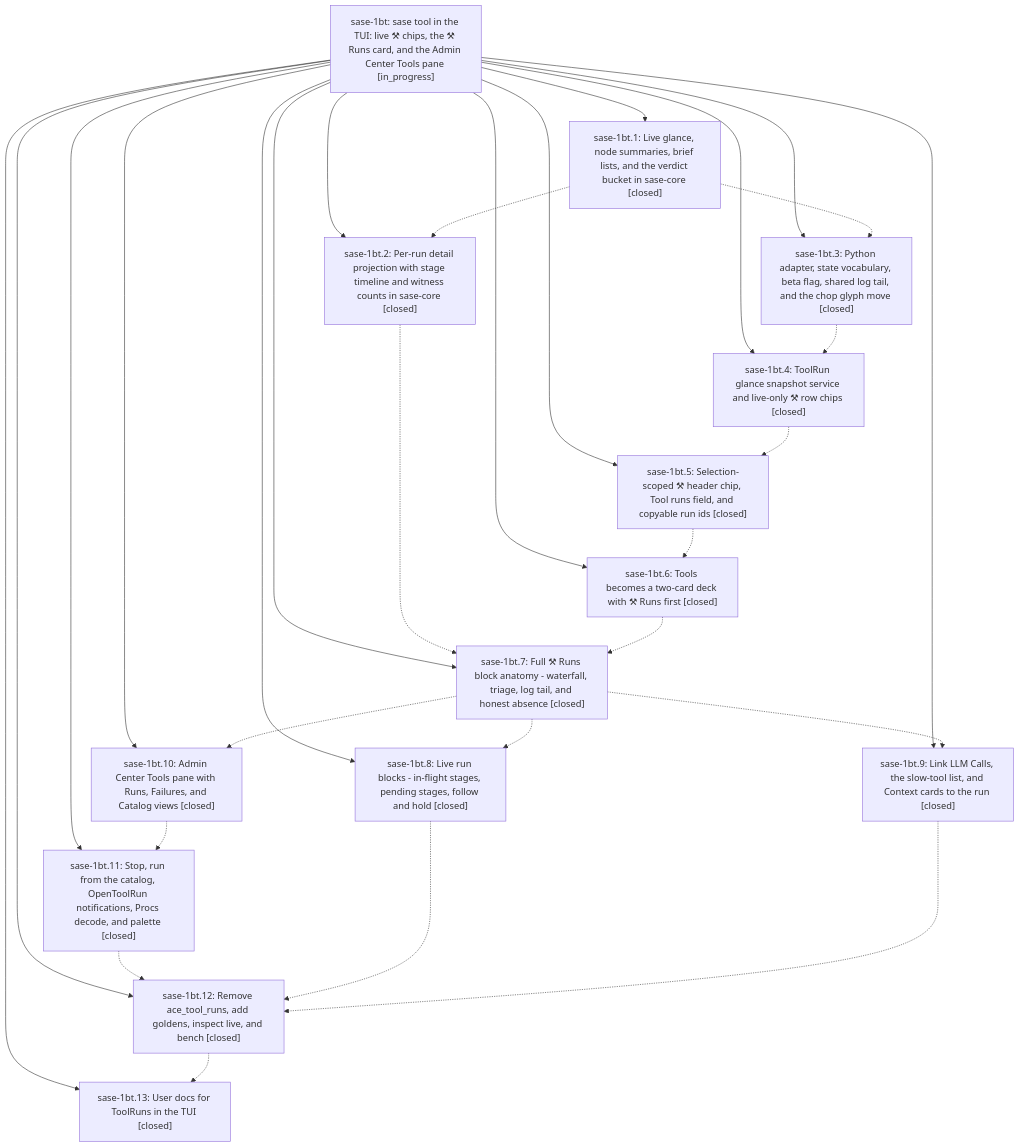
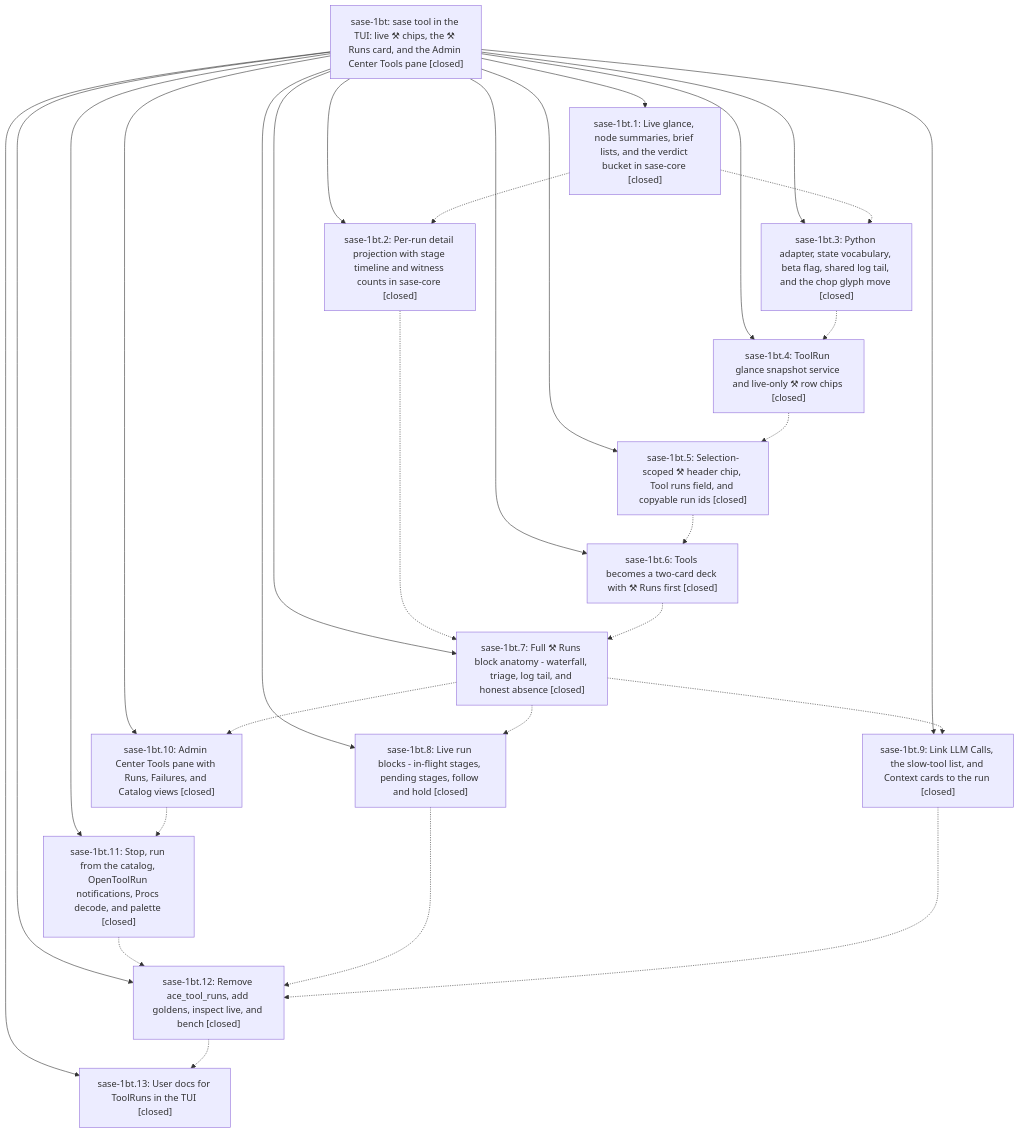
The diagram in pages/sase-1bt/README.md (sase-org/sase--beads), drawn with Mermaid before and after one commit. The commit also changed other lines of this file and 1 other file, not shown here.

First line of the commit message:
chore(beads): sync bead state and pages for sase-1bt

````diff
--- a/pages/sase-1bt/README.md
+++ b/pages/sase-1bt/README.md
@@ -56,45 +60,45 @@
 ```mermaid
 flowchart TD
-    n0["sase-1bt: sase tool in the TUI: live ⚒ chips, the ⚒ Runs card, and the Admin Center Tools pane [in_progress]"]
+    n0["sase-1bt: sase tool in the TUI: live ⚒ chips, the ⚒ Runs card, and the Admin Center Tools pane [closed]"]
     n1["sase-1bt.1: Live glance, node summaries, brief lists, and the verdict bucket in sase-core [closed]"]
     n2["sase-1bt.10: Admin Center Tools pane with Runs, Failures, and Catalog views [closed]"]
     n3["sase-1bt.11: Stop, run from the catalog, OpenToolRun notifications, Procs decode, and palette [closed]"]
     n4["sase-1bt.12: Remove ace_tool_runs, add goldens, inspect live, and bench [closed]"]
     n5["sase-1bt.13: User docs for ToolRuns in the TUI [closed]"]
     n6["sase-1bt.2: Per-run detail projection with stage timeline and witness counts in sase-core [closed]"]
     n7["sase-1bt.3: Python adapter, state vocabulary, beta flag, shared log tail, and the chop glyph move [closed]"]
     n8["sase-1bt.4: ToolRun glance snapshot service and live-only ⚒ row chips [closed]"]
     n9["sase-1bt.5: Selection-scoped ⚒ header chip, Tool runs field, and copyable run ids [closed]"]
     n10["sase-1bt.6: Tools becomes a two-card deck with ⚒ Runs first [closed]"]
     n11["sase-1bt.7: Full ⚒ Runs block anatomy - waterfall, triage, log tail, and honest absence [closed]"]
     n12["sase-1bt.8: Live run blocks - in-flight stages, pending stages, follow and hold [closed]"]
     n13["sase-1bt.9: Link LLM Calls, the slow-tool list, and Context cards to the run [closed]"]
     n0 --> n1
     n0 --> n2
     n0 --> n3
     n0 --> n4
     n0 --> n5
     n0 --> n6
     n0 --> n7
     n0 --> n8
     n0 --> n9
     n0 --> n10
     n0 --> n11
     n0 --> n12
     n0 --> n13
     n1 -.-> n6
     n1 -.-> n7
     n2 -.-> n3
     n3 -.-> n4
     n4 -.-> n5
     n6 -.-> n11
     n7 -.-> n8
     n8 -.-> n9
     n9 -.-> n10
     n10 -.-> n11
     n11 -.-> n2
     n11 -.-> n12
     n11 -.-> n13
     n12 -.-> n4
     n13 -.-> n4
 ```
````
